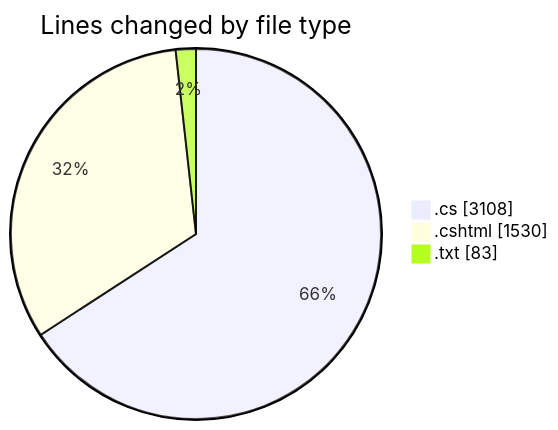
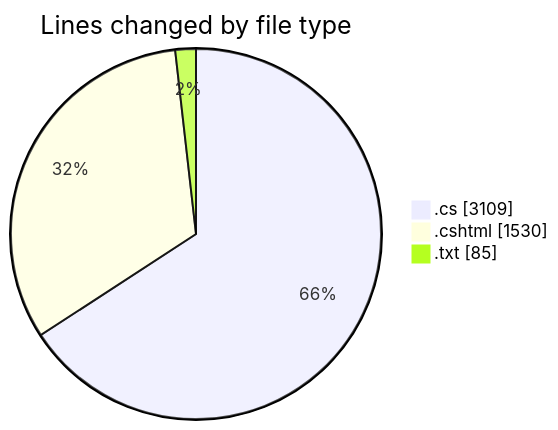
One commit to lephambinh05/code-tracking changed the first of 2 diagrams in 2025-07-28/quanlyrapchieuphim-1/README.md. Above: the diagram before and after it, drawn with Mermaid. The commit also changed other lines of this file and 1 other file, not shown here.

````diff
--- a/2025-07-28/quanlyrapchieuphim-1/README.md
+++ b/2025-07-28/quanlyrapchieuphim-1/README.md
@@ -32,7 +32,7 @@
 ```mermaid
 pie showData
 title Lines changed by file type
-".cs" : 3108
+".cs" : 3109
 ".cshtml" : 1530
-".txt" : 83
+".txt" : 85
 ```
````
